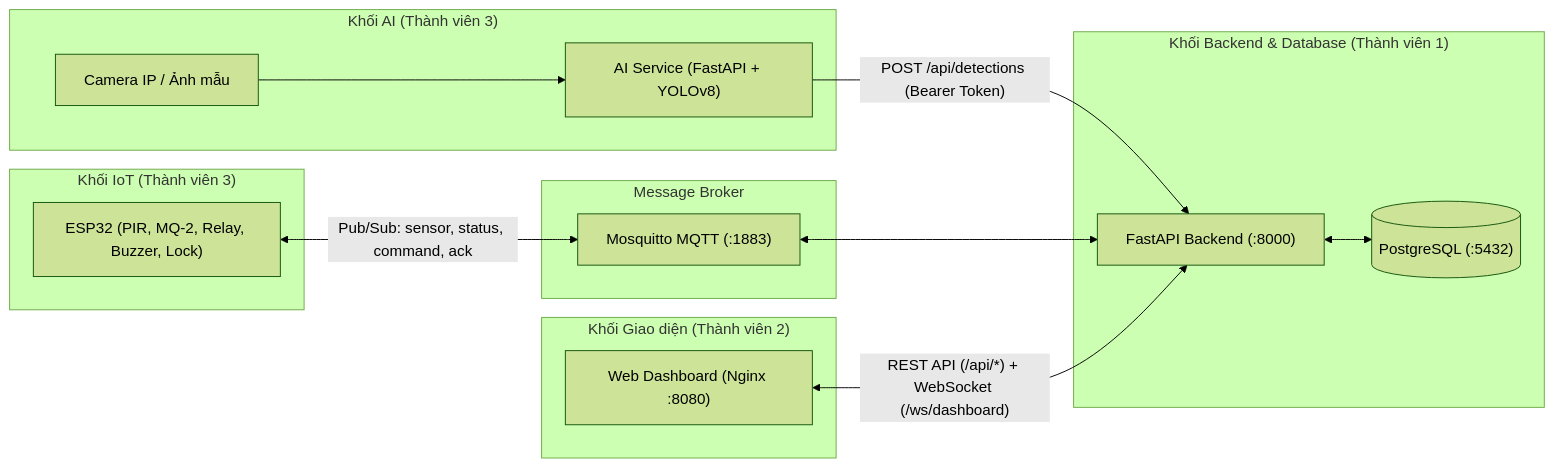
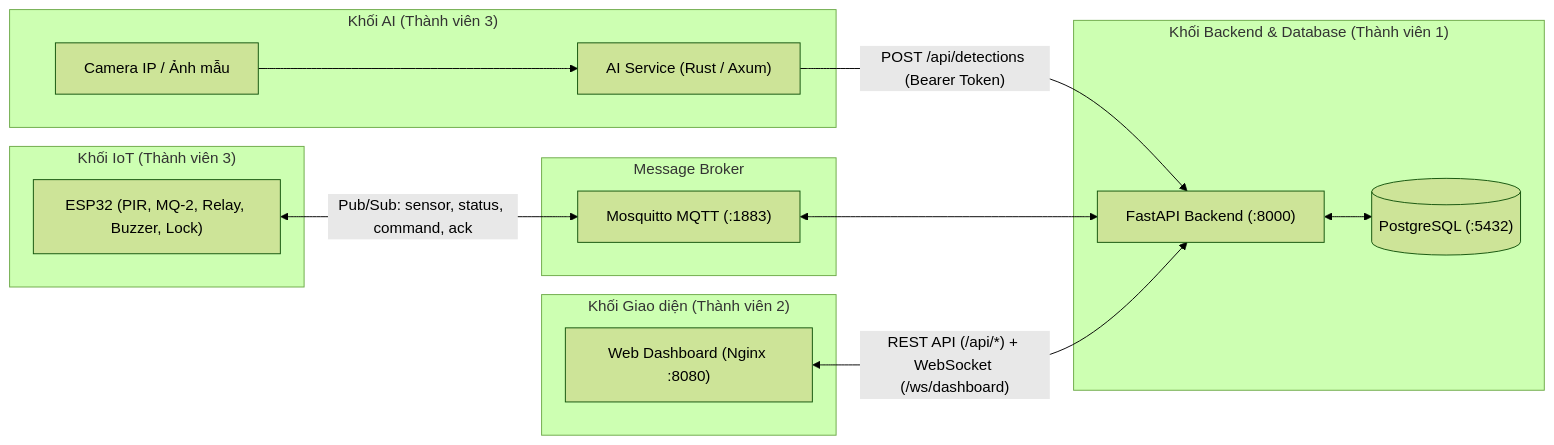
The first of 2 diagrams in docs/ARCHITECTURE.md (LuongBaoLoc/security-monitoring-system), drawn with Mermaid (forest theme) before and after one commit. The commit also changed other lines of this file and 34 other files, not shown here.

````diff
--- a/docs/ARCHITECTURE.md
+++ b/docs/ARCHITECTURE.md
@@ -7,29 +7,29 @@
 ```mermaid
 flowchart LR
     subgraph Edge_AI["Khối AI (Thành viên 3)"]
-        CAM["Camera IP / Ảnh mẫu"] --> YOLO["AI Service (FastAPI + YOLOv8)"]
+        CAM["Camera IP / Ảnh mẫu"] --> YOLO["AI Service (Rust / Axum)"]
     end
 
     subgraph Edge_IoT["Khối IoT (Thành viên 3)"]
         ESP["ESP32 (PIR, MQ-2, Relay, Buzzer, Lock)"]
     end
 
     subgraph Broker["Message Broker"]
         MQTT["Mosquitto MQTT (:1883)"]
     end
 
     subgraph Core_Backend["Khối Backend & Database (Thành viên 1)"]
         API["FastAPI Backend (:8000)"]
         DB[("PostgreSQL (:5432)")]
         API <--> DB
     end
 
     subgraph Client_UI["Khối Giao diện (Thành viên 2)"]
         WEB["Web Dashboard (Nginx :8080)"]
     end
 
     YOLO -- "POST /api/detections (Bearer Token)" --> API
     ESP <-- "Pub/Sub: sensor, status, command, ack" --> MQTT
     MQTT <--> API
     WEB <-- "REST API (/api/*) + WebSocket (/ws/dashboard)" --> API
 ```
````
